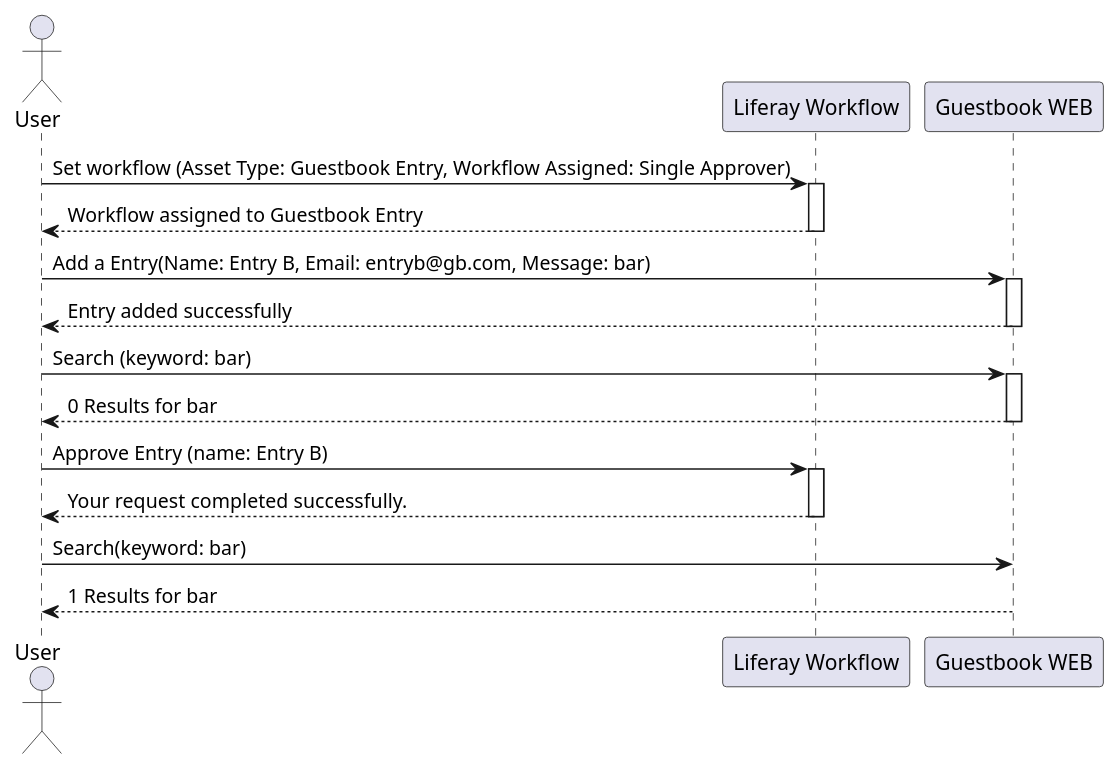
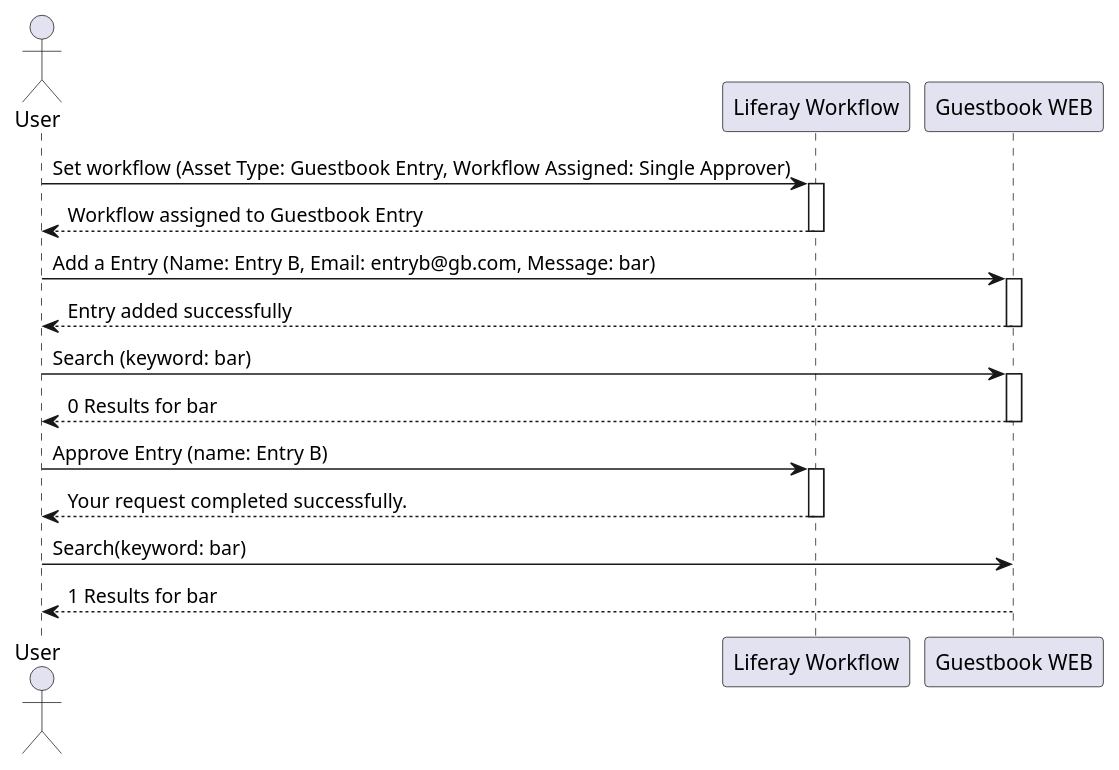
Before and after one commit to lmarqs/liferay-training: the diagram in docs/specifications/using-workflow/seq.plantuml, drawn with PlantUML. The commit also changed 1 other file, not shown here.

```diff
--- a/docs/specifications/using-workflow/seq.plantuml
+++ b/docs/specifications/using-workflow/seq.plantuml
@@ -1,29 +1,29 @@
 @startuml
 actor User as U
 participant "Liferay Workflow" as LW
 participant "Guestbook WEB" as GW
 
 
 U -> LW: Set workflow (Asset Type: Guestbook Entry, Workflow Assigned: Single Approver)
 activate LW
 U <-- LW: Workflow assigned to Guestbook Entry
 deactivate LW
 
-U -> GW: Add a Entry(Name: Entry B, Email: entryb@gb.com, Message: bar)
+U -> GW: Add a Entry (Name: Entry B, Email: entryb@gb.com, Message: bar)
 activate GW
 U <-- GW: Entry added successfully
 deactivate GW
 
 U -> GW: Search (keyword: bar)
 activate GW
 U <-- GW: 0 Results for bar
 deactivate GW
 
 U -> LW: Approve Entry (name: Entry B)
 activate LW
 U <-- LW: Your request completed successfully.
 deactivate LW
 
 U -> GW: Search(keyword: bar)
 U <-- GW: 1 Results for bar
 @enduml
```
